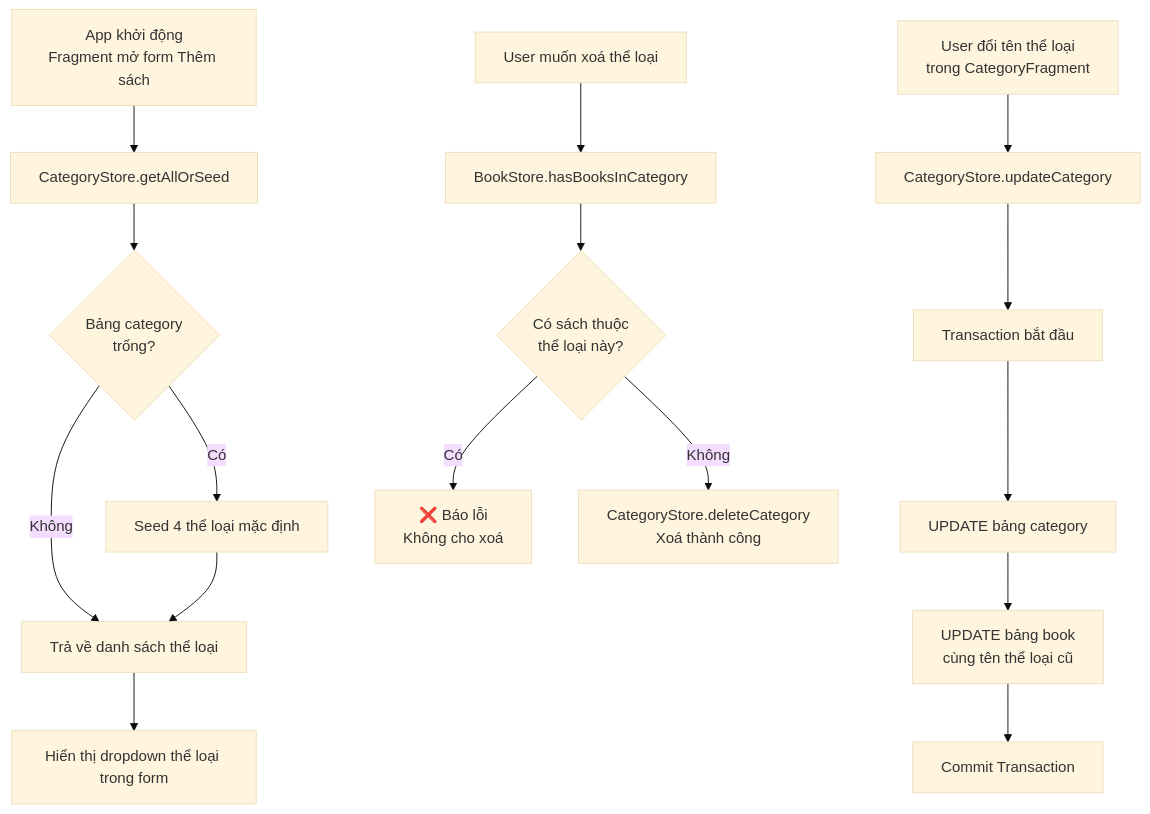
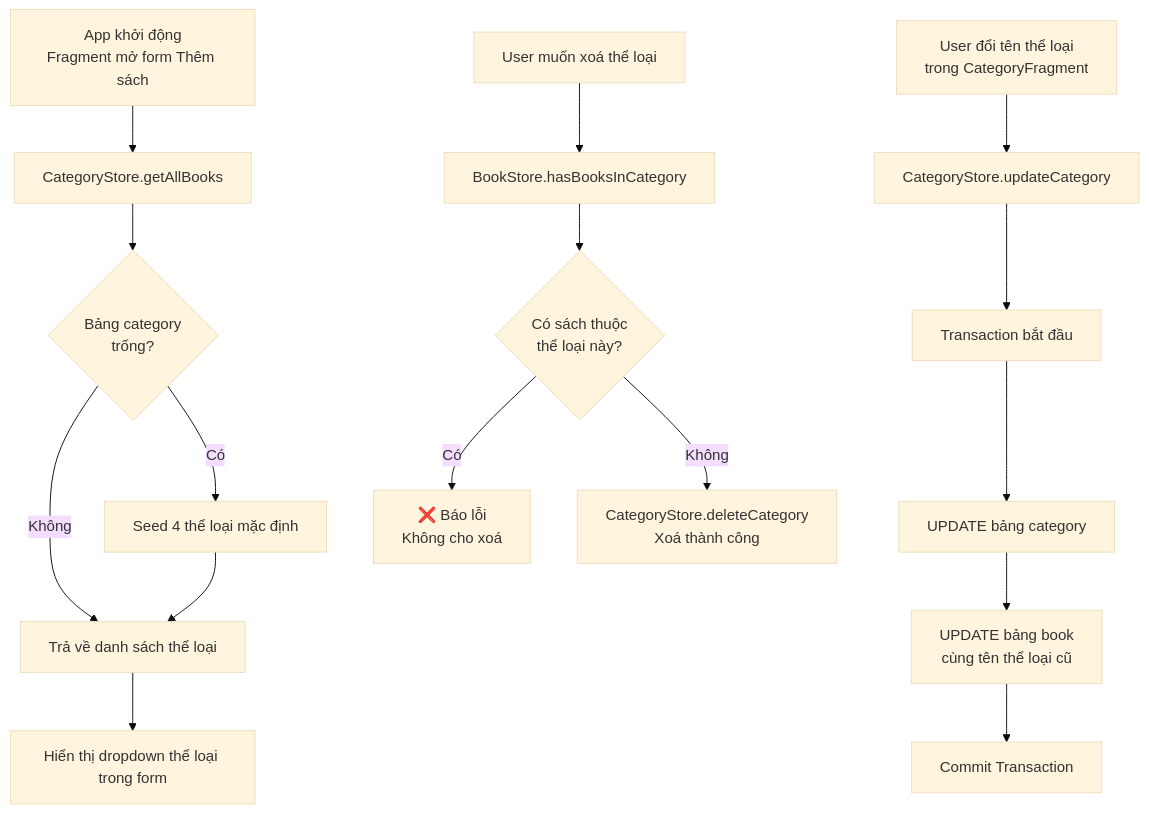
Before and after one commit to thuytran95/book-store: the fifth of 5 diagrams in docs/giai-thich-BookStore-CategoryStore.md, drawn with Mermaid (base theme). The commit also changed other lines of this file and 10 other files, not shown here.

````diff
--- a/docs/giai-thich-BookStore-CategoryStore.md
+++ b/docs/giai-thich-BookStore-CategoryStore.md
@@ -373,20 +380,20 @@
 ```mermaid
 flowchart TD
-    A[App khởi động\nFragment mở form Thêm sách] --> B[CategoryStore.getAllOrSeed]
+    A[App khởi động\nFragment mở form Thêm sách] --> B[CategoryStore.getAllBooks]
     B --> C{Bảng category\ntrống?}
     C -->|Có| D[Seed 4 thể loại mặc định]
     C -->|Không| E[Trả về danh sách thể loại]
     D --> E
     E --> F[Hiển thị dropdown thể loại trong form]
 
     G[User đổi tên thể loại\ntrong CategoryFragment] --> H[CategoryStore.updateCategory]
     H --> I[Transaction bắt đầu]
     I --> J[UPDATE bảng category]
     J --> K[UPDATE bảng book\ncùng tên thể loại cũ]
     K --> L[Commit Transaction]
 
     M[User muốn xoá thể loại] --> N[BookStore.hasBooksInCategory]
     N --> O{Có sách thuộc\nthể loại này?}
     O -->|Có| P[❌ Báo lỗi\nKhông cho xoá]
     O -->|Không| Q[CategoryStore.deleteCategory\nXoá thành công]
 ```
````
